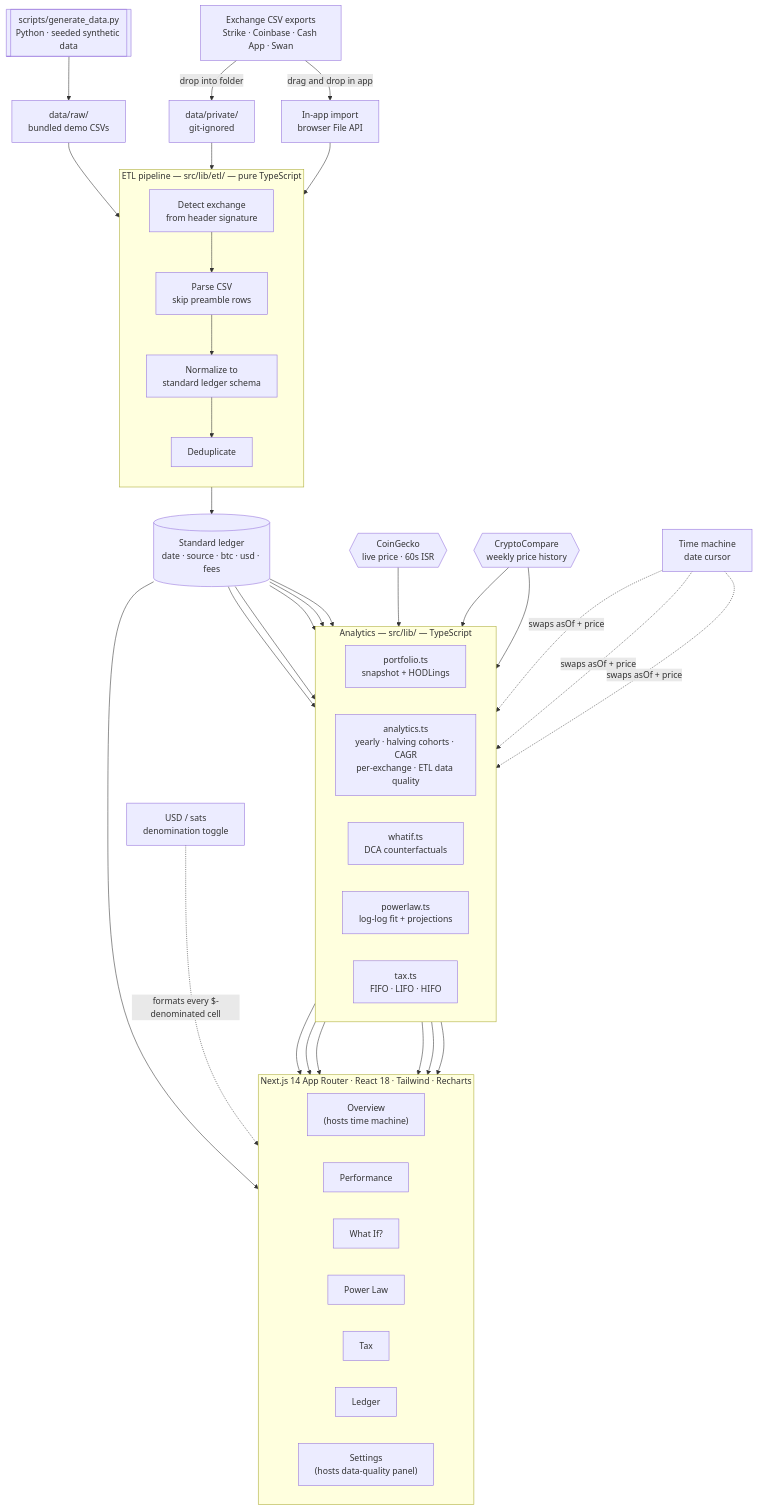
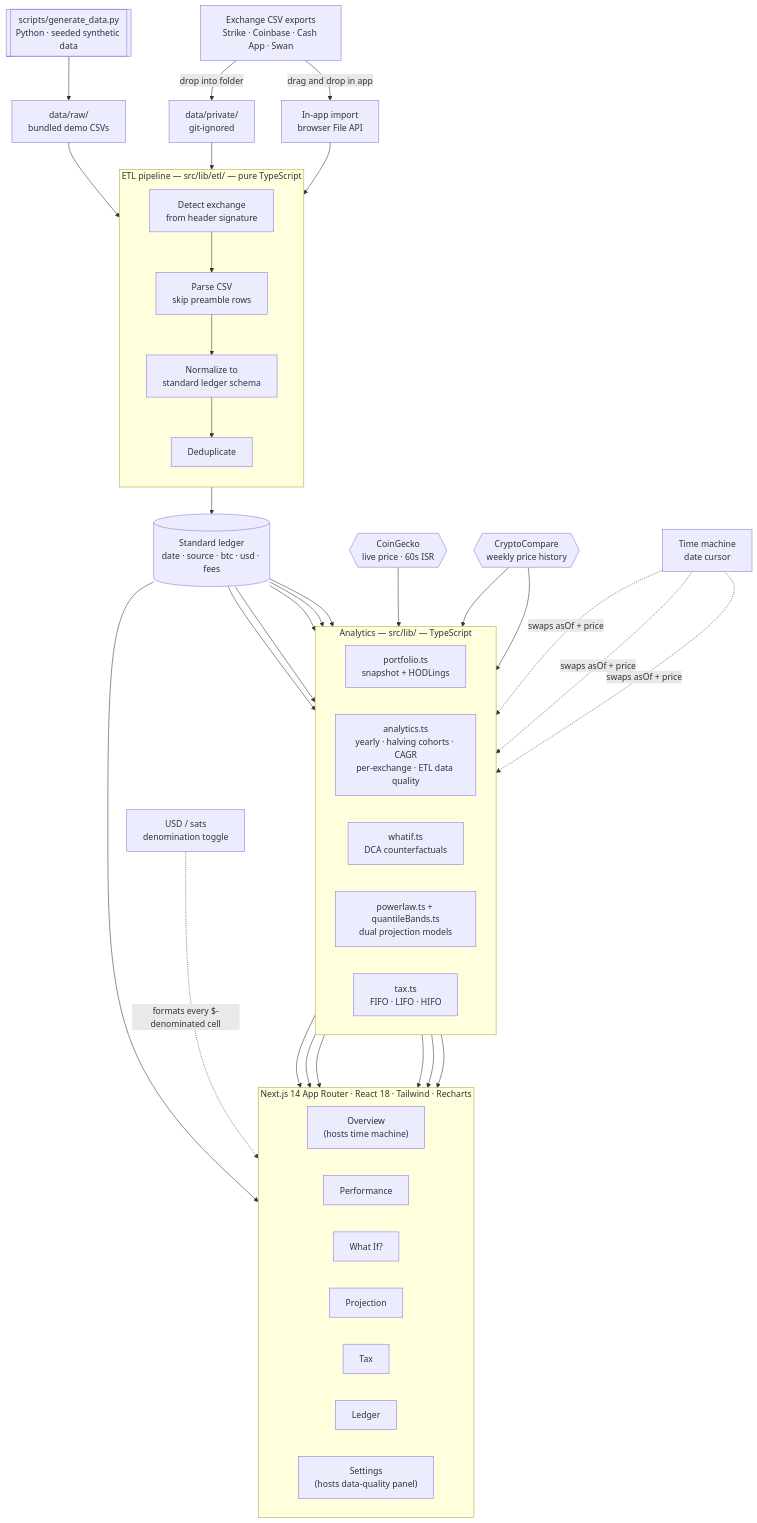
The diagram in README.md (ellokojavi/sats-stacker), drawn with Mermaid before and after one commit. The commit also changed other lines of this file and 14 other files, not shown here.

````diff
--- a/README.md
+++ b/README.md
@@ -42,72 +42,72 @@
 ```mermaid
 flowchart TD
     EX["Exchange CSV exports<br/>Strike · Coinbase · Cash App · Swan"]
     GEN[["scripts/generate_data.py<br/>Python · seeded synthetic data"]]
 
     GEN --> RAW["data/raw/<br/>bundled demo CSVs"]
     EX -->|drop into folder| PRIV["data/private/<br/>git-ignored"]
     EX -->|drag and drop in app| IMP["In-app import<br/>browser File API"]
 
     subgraph ETL["ETL pipeline — src/lib/etl/ — pure TypeScript"]
         direction TB
         DETECT["Detect exchange<br/>from header signature"]
         PARSE["Parse CSV<br/>skip preamble rows"]
         NORM["Normalize to<br/>standard ledger schema"]
         DEDUP["Deduplicate"]
         DETECT --> PARSE --> NORM --> DEDUP
     end
 
     RAW --> DETECT
     PRIV --> DETECT
     IMP --> DETECT
 
     LEDGER[("Standard ledger<br/>date · source · btc · usd · fees")]
     DEDUP --> LEDGER
 
     subgraph LIB["Analytics — src/lib/ — TypeScript"]
         direction LR
         PORT["portfolio.ts<br/>snapshot + HODLings"]
         ANAL["analytics.ts<br/>yearly · halving cohorts · CAGR<br/>per-exchange · ETL data quality"]
         WHAT["whatif.ts<br/>DCA counterfactuals"]
-        PL["powerlaw.ts<br/>log-log fit + projections"]
+        PL["powerlaw.ts + quantileBands.ts<br/>dual projection models"]
         TAX["tax.ts<br/>FIFO · LIFO · HIFO"]
     end
 
     LEDGER --> PORT
     LEDGER --> ANAL
     LEDGER --> WHAT
     LEDGER --> PL
     LEDGER --> TAX
 
     CG{{"CoinGecko<br/>live price · 60s ISR"}}
     CC{{"CryptoCompare<br/>weekly price history"}}
     CG --> PORT
     CC --> PL
     CC --> ANAL
 
     TM["Time machine<br/>date cursor"]
     UNIT["USD / sats<br/>denomination toggle"]
     TM -.swaps asOf + price.-> PORT
     TM -.swaps asOf + price.-> ANAL
     TM -.swaps asOf + price.-> TAX
 
     subgraph UI["Next.js 14 App Router · React 18 · Tailwind · Recharts"]
         direction LR
         T1["Overview<br/>(hosts time machine)"]
         T2["Performance"]
         T3["What If?"]
-        T4["Power Law"]
+        T4["Projection"]
         T5["Tax"]
         T6["Ledger"]
         T7["Settings<br/>(hosts data-quality panel)"]
     end
 
     PORT --> T1
     ANAL --> T2
     WHAT --> T3
     PL --> T4
     TAX --> T5
     LEDGER --> T6
     ANAL --> T7
     UNIT -.formats every $-denominated cell.-> UI
 ```
````
